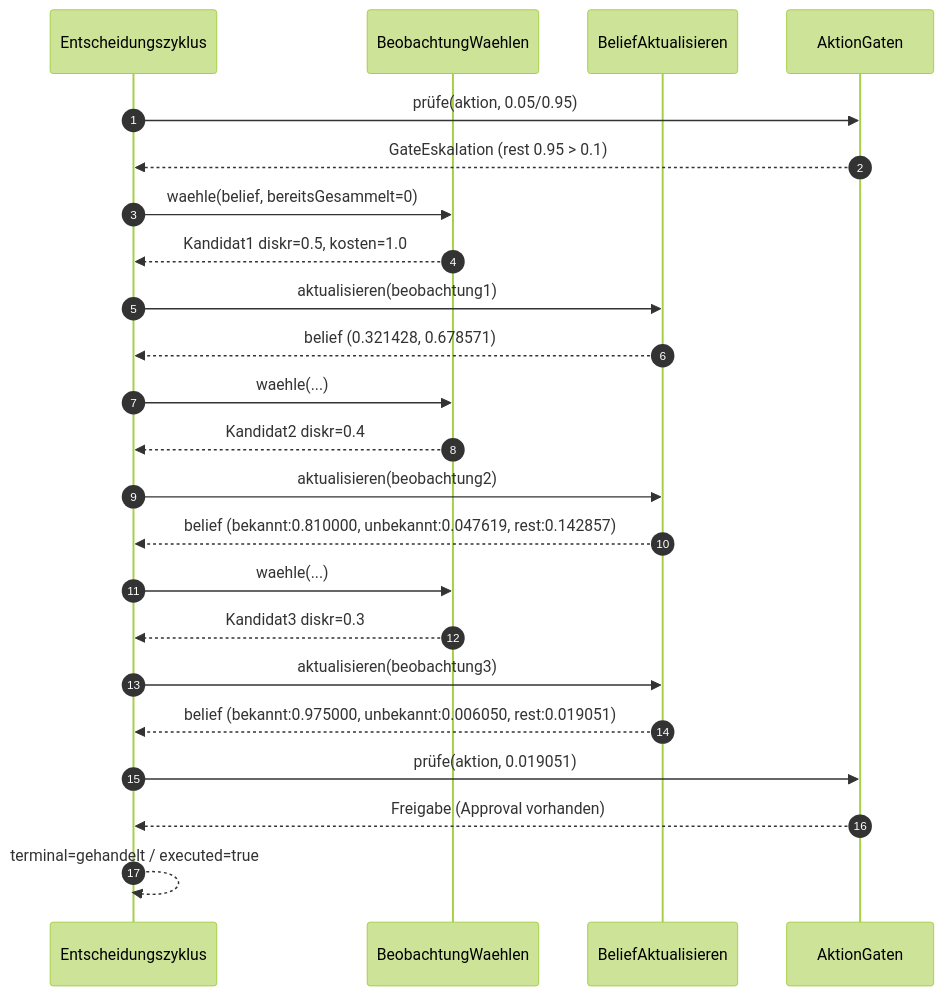
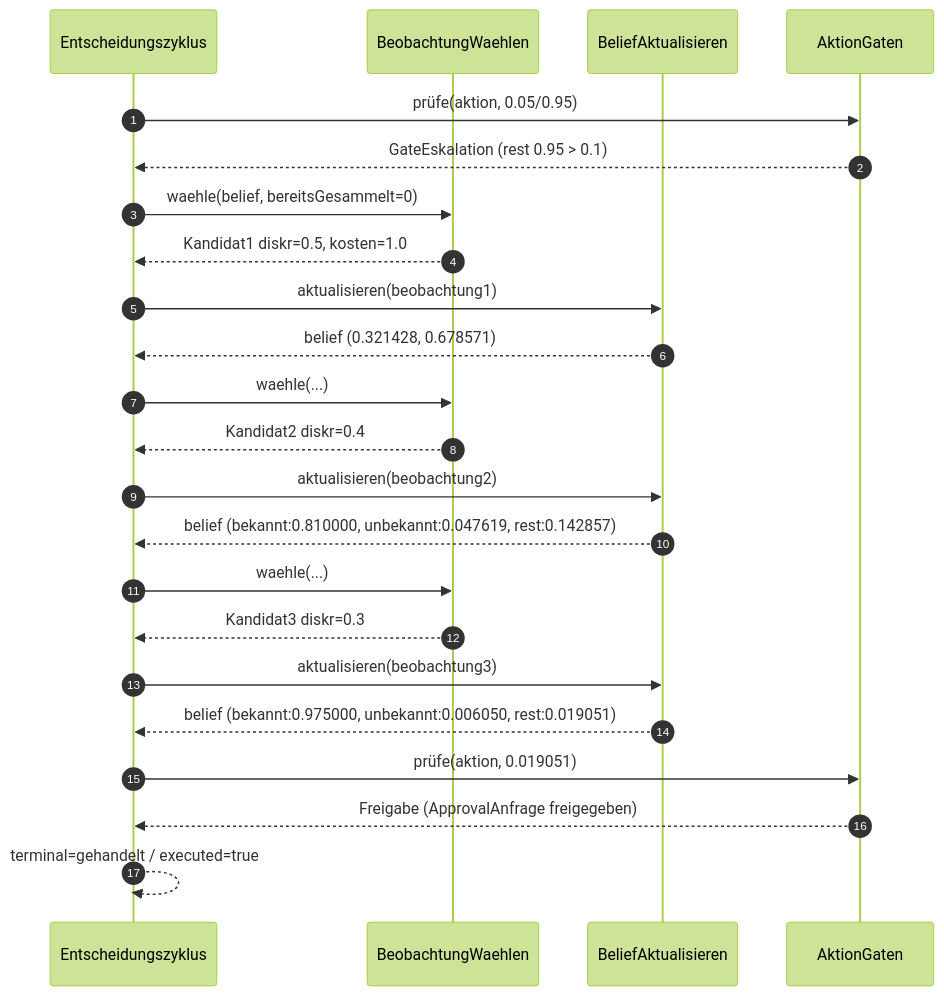
The second of 2 diagrams in docs/user/cli-entscheidungsnachweis.md (pt9912/belief-agent), drawn with Mermaid (forest theme) before and after one commit. The commit also changed other lines of this file and 14 other files, not shown here.

````diff
--- a/docs/user/cli-entscheidungsnachweis.md
+++ b/docs/user/cli-entscheidungsnachweis.md
@@ -185,26 +191,26 @@
 ```mermaid
 sequenceDiagram
   autonumber
   participant C as Entscheidungszyklus
   participant W as BeobachtungWaehlen
   participant U as BeliefAktualisieren
   participant G as AktionGaten
 
   C->>G: prüfe(aktion, 0.05/0.95)
   G-->>C: GateEskalation (rest 0.95 > 0.1)
   C->>W: waehle(belief, bereitsGesammelt=0)
   W-->>C: Kandidat1 diskr=0.5, kosten=1.0
   C->>U: aktualisieren(beobachtung1)
   U-->>C: belief (0.321428, 0.678571)
   C->>W: waehle(...)
   W-->>C: Kandidat2 diskr=0.4
   C->>U: aktualisieren(beobachtung2)
   U-->>C: belief (bekannt:0.810000, unbekannt:0.047619, rest:0.142857)
   C->>W: waehle(...)
   W-->>C: Kandidat3 diskr=0.3
   C->>U: aktualisieren(beobachtung3)
   U-->>C: belief (bekannt:0.975000, unbekannt:0.006050, rest:0.019051)
   C->>G: prüfe(aktion, 0.019051)
-  G-->>C: Freigabe (Approval vorhanden)
+  G-->>C: Freigabe (ApprovalAnfrage freigegeben)
   C-->>C: terminal=gehandelt / executed=true
 ```
````
